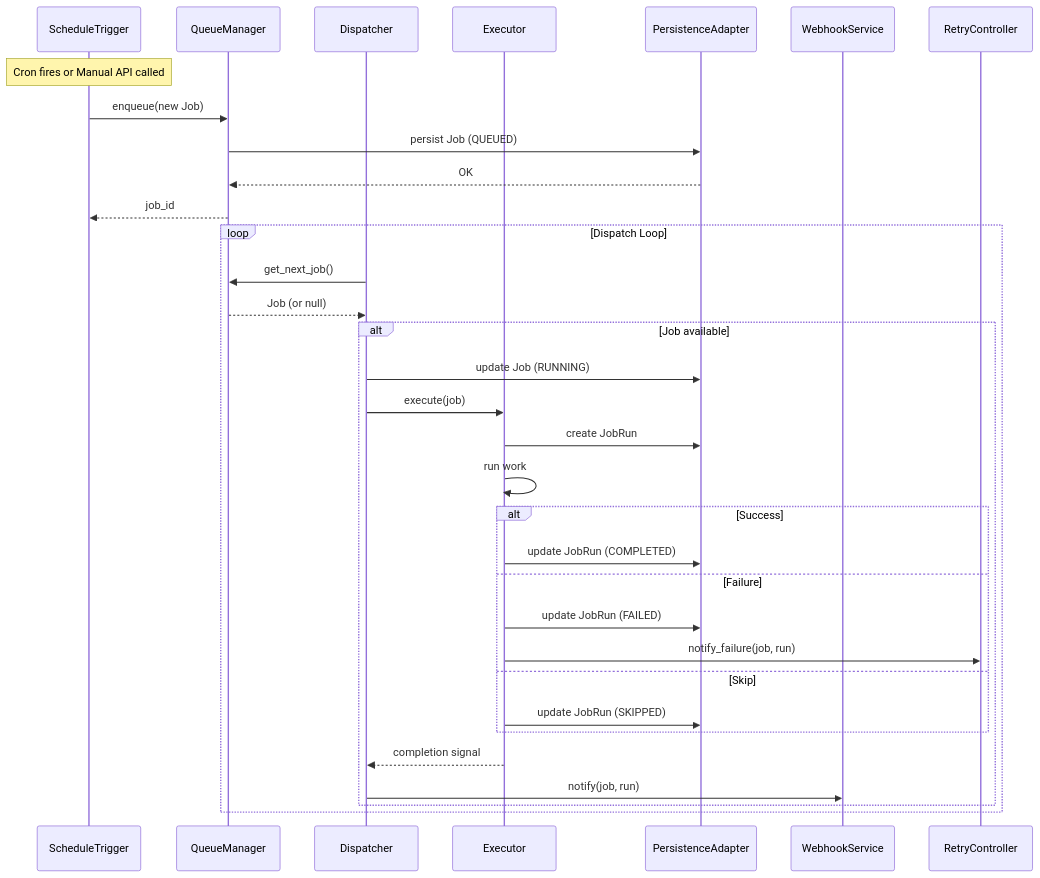
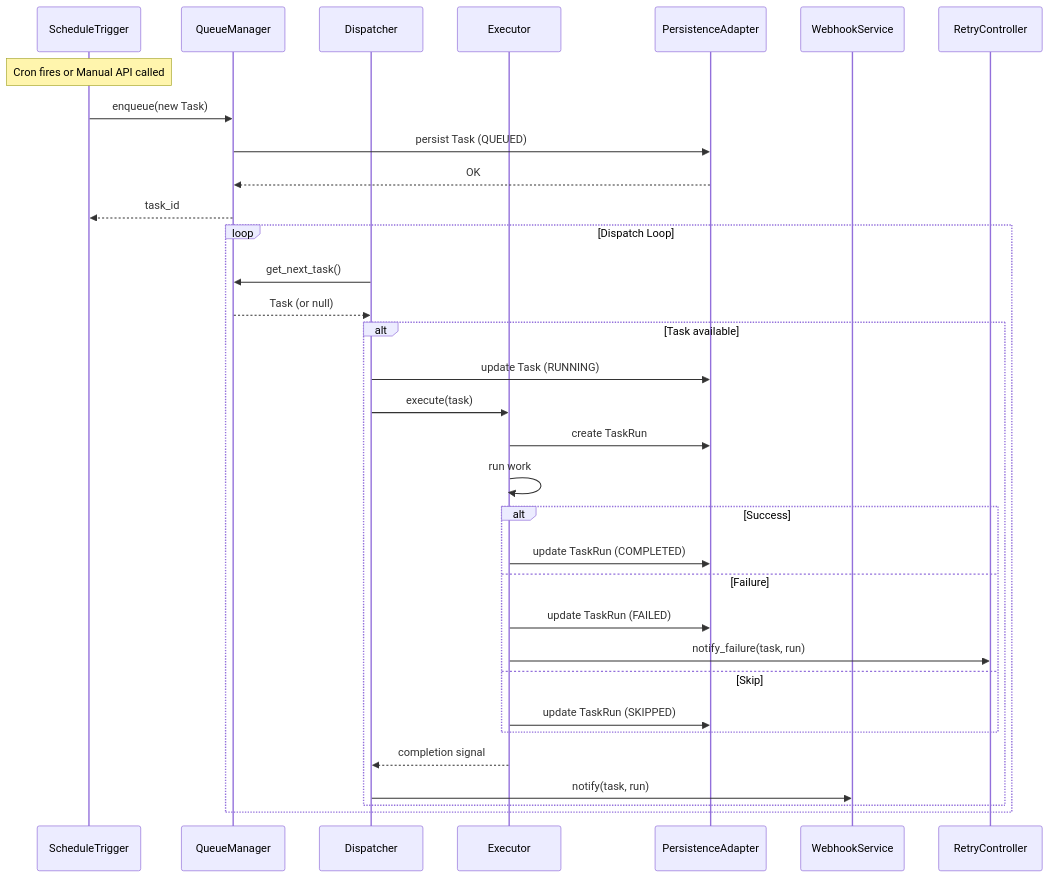
The first of 6 diagrams in docs/task-scheduler/EXECUTION_FLOW.md (VinylStage/horror-story-generator), drawn with Mermaid before and after one commit. The commit also changed other lines of this file and 24 other files, not shown here.

````diff
--- a/docs/task-scheduler/EXECUTION_FLOW.md
+++ b/docs/task-scheduler/EXECUTION_FLOW.md
@@ -21,37 +21,37 @@
 ```mermaid
 sequenceDiagram
     participant S as ScheduleTrigger
     participant Q as QueueManager
     participant D as Dispatcher
     participant E as Executor
     participant P as PersistenceAdapter
     participant W as WebhookService
     participant R as RetryController
 
     Note over S: Cron fires or Manual API called
-    S->>Q: enqueue(new Job)
-    Q->>P: persist Job (QUEUED)
+    S->>Q: enqueue(new Task)
+    Q->>P: persist Task (QUEUED)
     P-->>Q: OK
-    Q-->>S: job_id
+    Q-->>S: task_id
 
     loop Dispatch Loop
-        D->>Q: get_next_job()
-        Q-->>D: Job (or null)
-        alt Job available
-            D->>P: update Job (RUNNING)
-            D->>E: execute(job)
-            E->>P: create JobRun
+        D->>Q: get_next_task()
+        Q-->>D: Task (or null)
+        alt Task available
+            D->>P: update Task (RUNNING)
+            D->>E: execute(task)
+            E->>P: create TaskRun
             E->>E: run work
             alt Success
-                E->>P: update JobRun (COMPLETED)
+                E->>P: update TaskRun (COMPLETED)
             else Failure
-                E->>P: update JobRun (FAILED)
-                E->>R: notify_failure(job, run)
+                E->>P: update TaskRun (FAILED)
+                E->>R: notify_failure(task, run)
             else Skip
-                E->>P: update JobRun (SKIPPED)
+                E->>P: update TaskRun (SKIPPED)
             end
             E-->>D: completion signal
-            D->>W: notify(job, run)
+            D->>W: notify(task, run)
         end
     end
 ```
````
